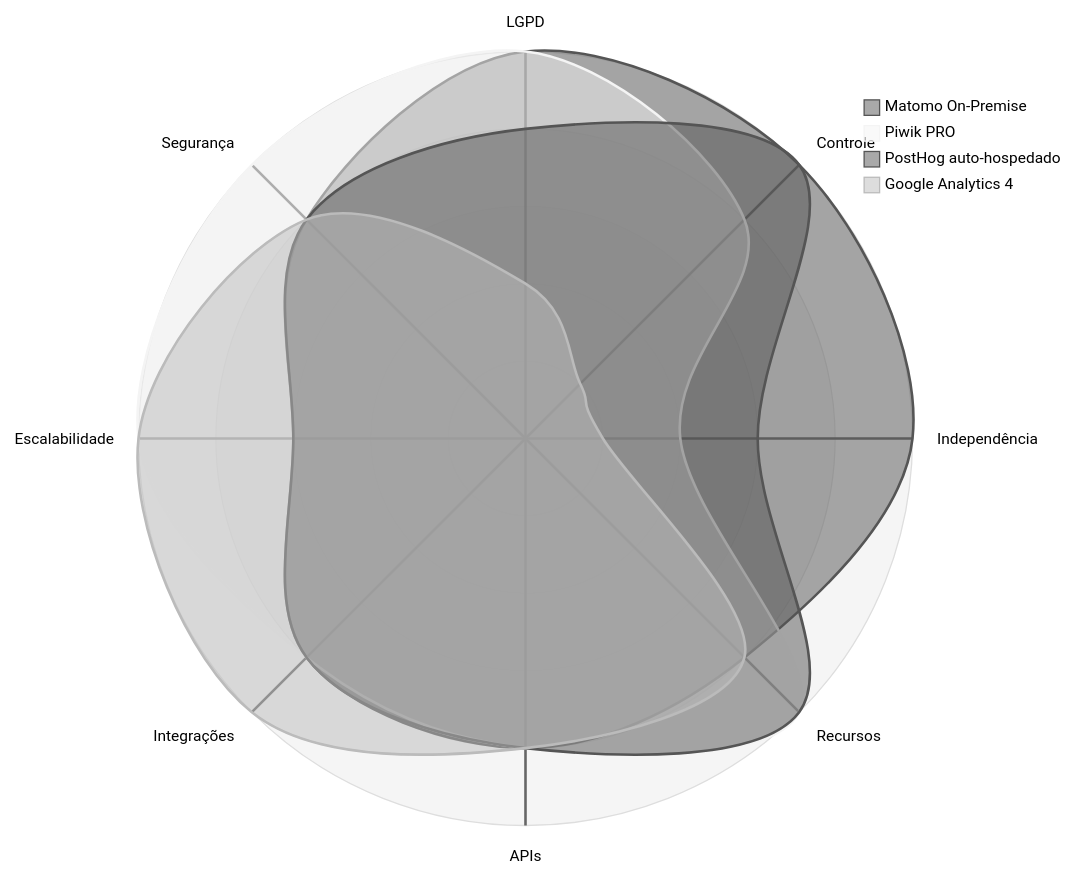
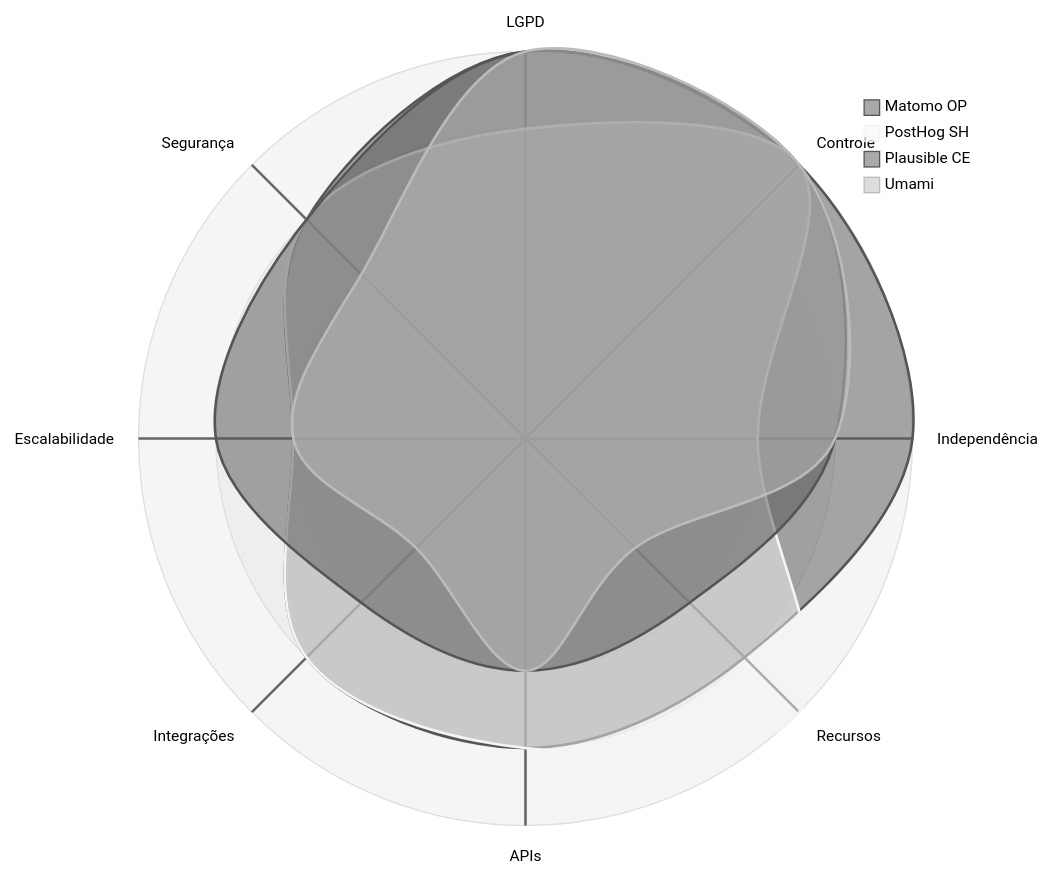
The second of 2 diagrams in docs/05-matriz.md (fabioramos-02/tradeoff-analytics), drawn with Mermaid (neutral theme) before and after one commit. The commit also changed other lines of this file and 23 other files, not shown here.

Commit message:
feat: establish analytics architecture documentation including ADR-002 and supporting comparative studies

````diff
--- a/docs/05-matriz.md
+++ b/docs/05-matriz.md
@@ -155,10 +102,10 @@
 ```mermaid
 radar-beta
   axis lgpd["LGPD"], ctrl["Controle"], indep["Independência"], rec["Recursos"], api["APIs"], integ["Integrações"], esc["Escalabilidade"], seg["Segurança"]
-  curve matomo["Matomo On-Premise"]{5, 5, 5, 4, 4, 4, 3, 4}
-  curve piwik["Piwik PRO"]{5, 4, 2, 5, 4, 4, 5, 5}
-  curve posthog["PostHog auto-hospedado"]{4, 5, 3, 5, 4, 4, 3, 4}
-  curve ga4["Google Analytics 4"]{2, 1, 1, 4, 4, 5, 5, 4}
+  curve matomo["Matomo OP"]{5, 5, 5, 4, 4, 4, 3, 4}
+  curve posthog["PostHog SH"]{4, 5, 3, 5, 4, 4, 3, 4}
+  curve plausible["Plausible CE"]{5, 5, 4, 3, 3, 3, 4, 4}
+  curve umami["Umami"]{5, 5, 4, 2, 3, 2, 3, 3}
   max 5
   min 0
 ```
````
